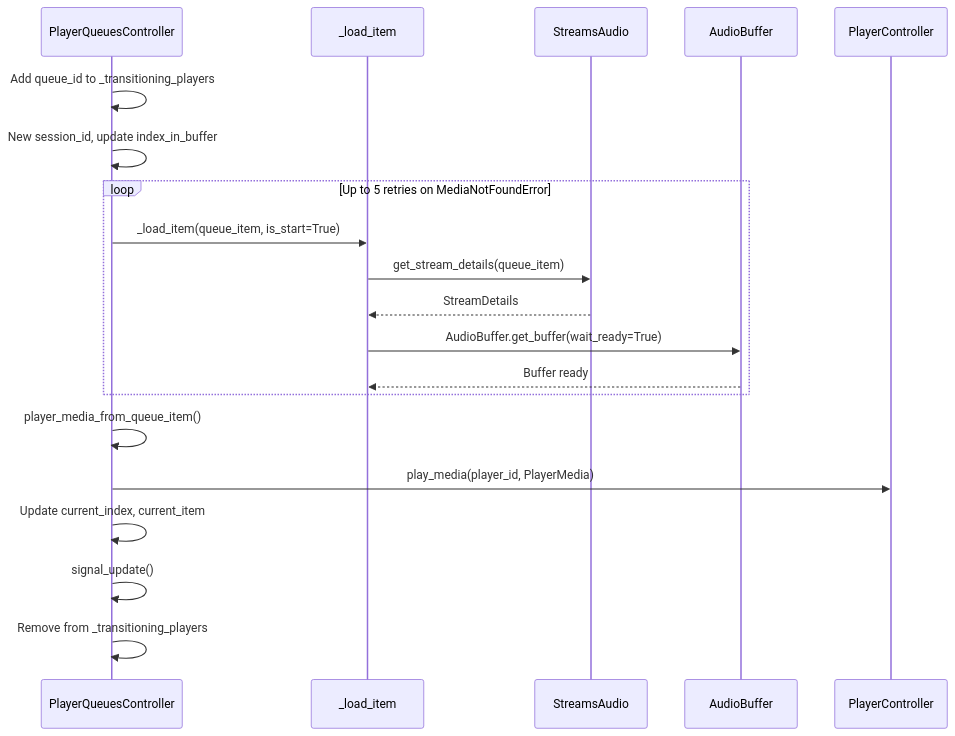
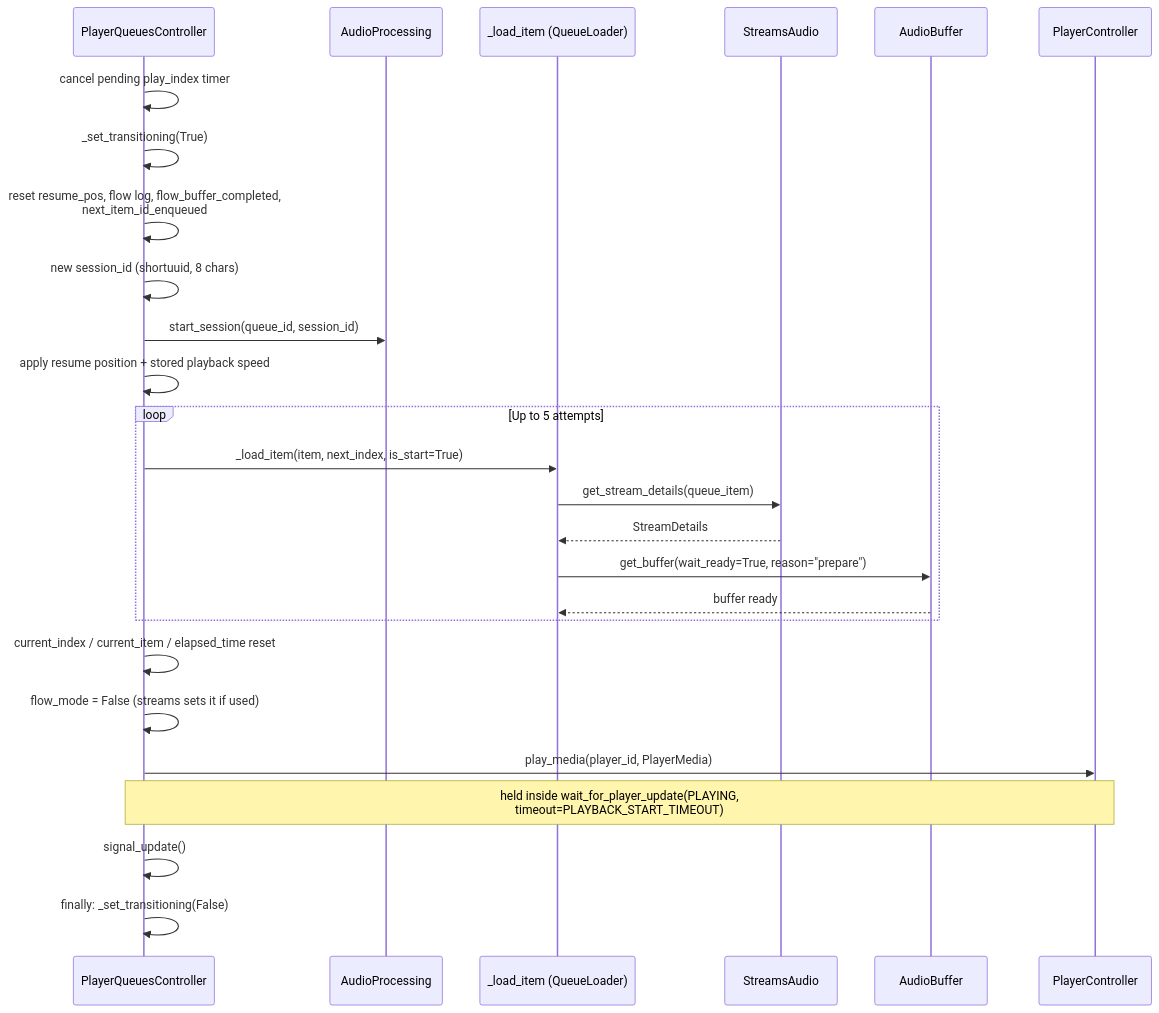
Before and after one commit to theturtle32/music-assistant-server: the second of 2 diagrams in docs/architecture/09-player-queues.md, drawn with Mermaid. The commit also changed other lines of this file and 2 other files, not shown here.

First line of the commit message:
docs(architecture): player queues package, dynamic playlists, autoplay and smart shuffle

````diff
--- a/docs/architecture/09-player-queues.md
+++ b/docs/architecture/09-player-queues.md
@@ -197,25 +476,31 @@
 ```mermaid
 sequenceDiagram
     participant PQ as PlayerQueuesController
-    participant LI as _load_item
+    participant AP as AudioProcessing
+    participant LI as _load_item (QueueLoader)
     participant SA as StreamsAudio
     participant AB as AudioBuffer
     participant PC as PlayerController
 
-    PQ->>PQ: Add queue_id to _transitioning_players
-    PQ->>PQ: New session_id, update index_in_buffer
+    PQ->>PQ: cancel pending play_index timer
+    PQ->>PQ: _set_transitioning(True)
+    PQ->>PQ: reset resume_pos, flow log, flow_buffer_completed,<br/>next_item_id_enqueued
+    PQ->>PQ: new session_id (shortuuid, 8 chars)
+    PQ->>AP: start_session(queue_id, session_id)
+    PQ->>PQ: apply resume position + stored playback speed
 
-    loop Up to 5 retries on MediaNotFoundError
-        PQ->>LI: _load_item(queue_item, is_start=True)
+    loop Up to 5 attempts
+        PQ->>LI: _load_item(item, next_index, is_start=True)
         LI->>SA: get_stream_details(queue_item)
         SA-->>LI: StreamDetails
-        LI->>AB: AudioBuffer.get_buffer(wait_ready=True)
-        AB-->>LI: Buffer ready
+        LI->>AB: get_buffer(wait_ready=True, reason="prepare")
+        AB-->>LI: buffer ready
     end
 
-    PQ->>PQ: player_media_from_queue_item()
+    PQ->>PQ: current_index / current_item / elapsed_time reset
+    PQ->>PQ: flow_mode = False (streams sets it if used)
     PQ->>PC: play_media(player_id, PlayerMedia)
-    PQ->>PQ: Update current_index, current_item
+    Note over PQ,PC: held inside wait_for_player_update(PLAYING,<br/>timeout=PLAYBACK_START_TIMEOUT)
     PQ->>PQ: signal_update()
-    PQ->>PQ: Remove from _transitioning_players
+    PQ->>PQ: finally: _set_transitioning(False)
 ```
````
